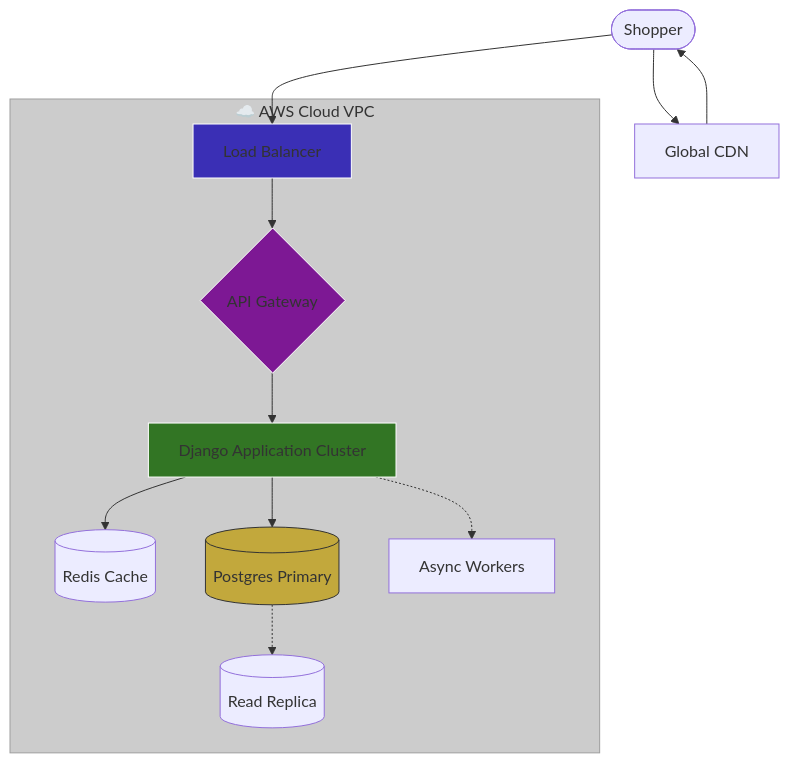
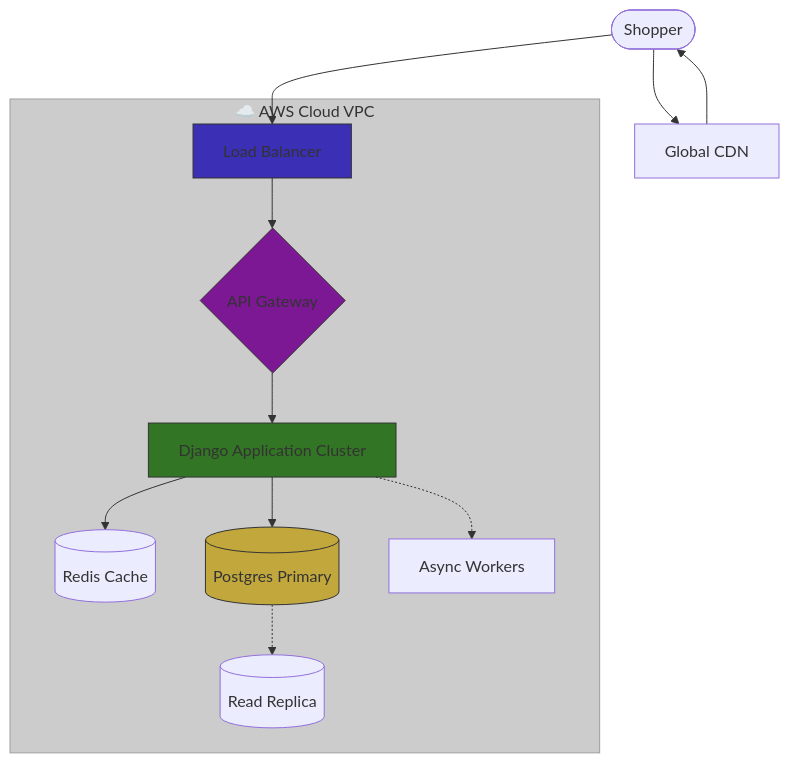
Before and after one commit to antoniojlm84/super-fintech-payment: the diagram in documentation/business_scaling_presentation.md, drawn with Mermaid.

Commit message:
change colors

````diff
--- a/documentation/business_scaling_presentation.md
+++ b/documentation/business_scaling_presentation.md
@@ -23,22 +23,22 @@
 ```mermaid
 graph TD
     subgraph Cloud["☁️ AWS Cloud VPC"]
         LB[Load Balancer] --> API{API Gateway}
         API --> Django[Django Application Cluster]
         Django --> Redis[(Redis Cache)]
         Django --> DB[(Postgres Primary)]
         DB -.-> Read[(Read Replica)]
         
         Django -.-> Workers[Async Workers]
     end
     
     User([Shopper]) --> CDN[Global CDN]
     CDN --> User
     User --> LB
     
     style Cloud fill:#CCCCCC,stroke:#9e9e9e,color:#333
-    style LB fill:#3A2FB5,stroke:#fff
-    style API fill:#7D1894,stroke:#fff
-    style Django fill:#327524,stroke:#fff
-    style DB fill:#C2A83C,stroke:#333
+    style LB fill:#3A2FB5,stroke:#333,color:#333
+    style API fill:#7D1894,stroke:#333,color:#333
+    style Django fill:#327524,stroke:#333,color:#333
+    style DB fill:#C2A83C,stroke:#333,color:#333
 ```
````
